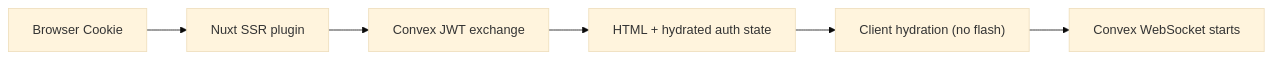
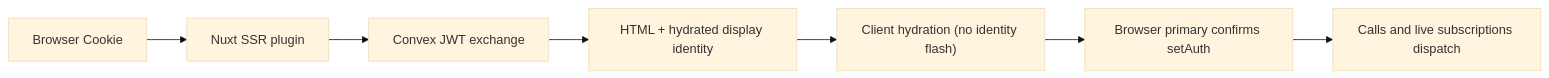
The diagram in docs/content/docs/4.auth-security/1.authentication.md (lupinum-dev/better-convex-nuxt), drawn with Mermaid (base theme) before and after one commit. The commit also changed other lines of this file and 685 other files, not shown here.

````diff
--- a/docs/content/docs/4.auth-security/1.authentication.md
+++ b/docs/content/docs/4.auth-security/1.authentication.md
@@ -38,8 +41,9 @@
 ```mermaid
 flowchart LR
   A["Browser Cookie"] --> B["Nuxt SSR plugin"]
   B --> C["Convex JWT exchange"]
-  C --> D["HTML + hydrated auth state"]
-  D --> E["Client hydration (no flash)"]
-  E --> F["Convex WebSocket starts"]
+  C --> D["HTML + hydrated display identity"]
+  D --> E["Client hydration (no identity flash)"]
+  E --> F["Browser primary confirms setAuth"]
+  F --> G["Calls and live subscriptions dispatch"]
 ```
````
